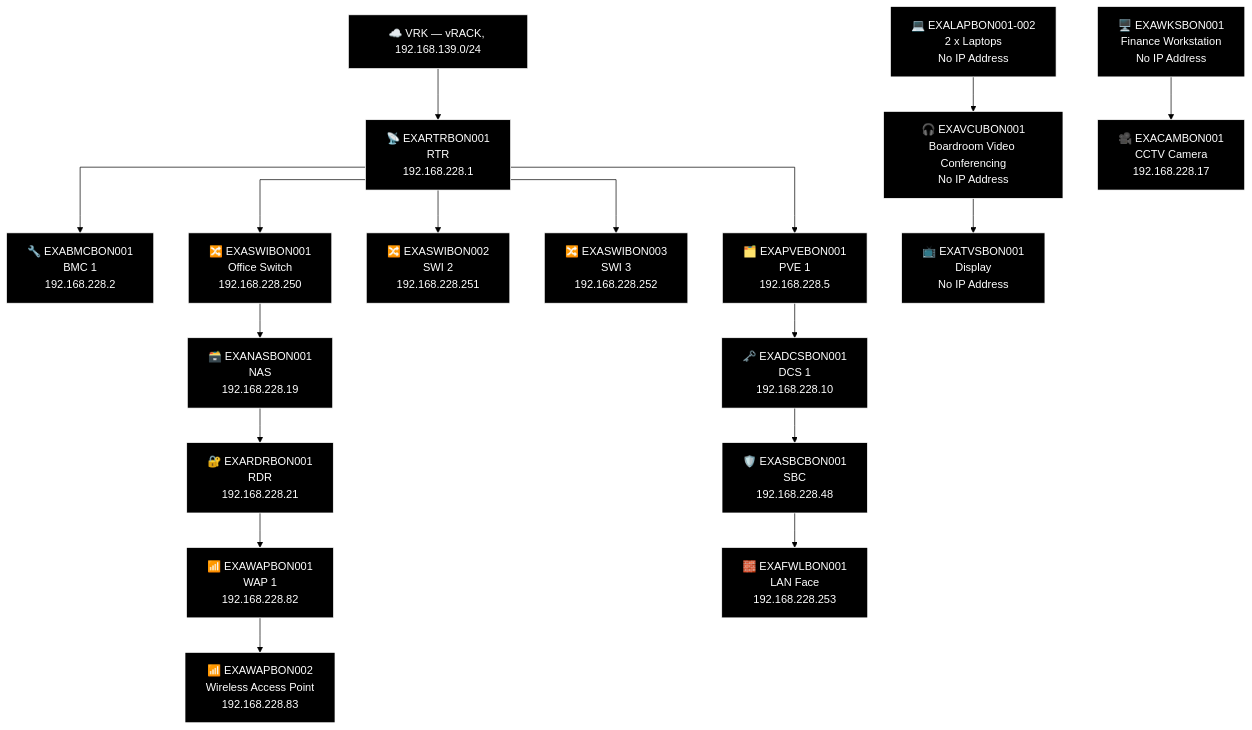
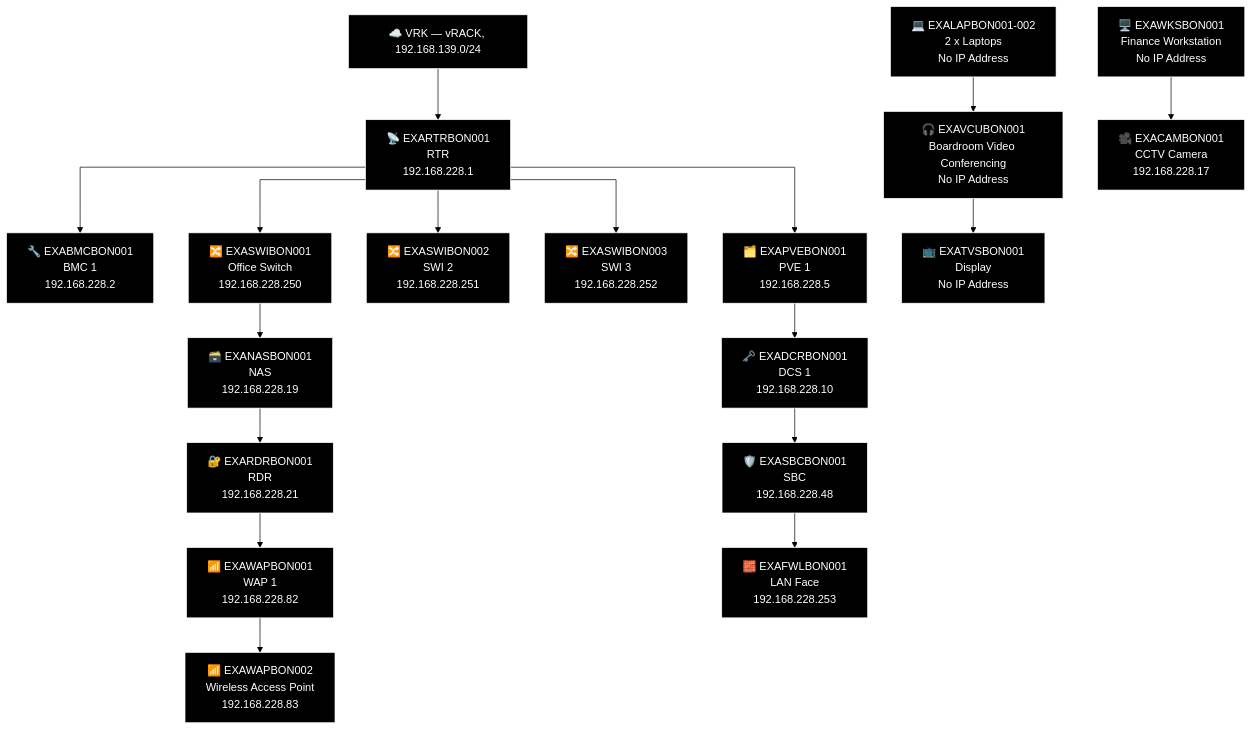
One commit to knightmare2600/example_music_infra changed the third of 13 diagrams in docs/network-diagram/deutschland.md. Above: the diagram before and after it, drawn with Mermaid (forest theme). The commit also changed other lines of this file and 8 other files, not shown here.

````diff
--- a/docs/network-diagram/deutschland.md
+++ b/docs/network-diagram/deutschland.md
@@ -106,54 +103,54 @@
 ```mermaid
 %% GENERATED:TOPOLOGY:BON:START
 %%{init: {'flowchart': {'curve': 'stepAfter'}}}%%
 graph TD
     T_VRK["☁️ VRK — vRACK, 192.168.139.0/24"]
     T_RTR["📡 EXARTRBON001<br/>RTR<br/>192.168.228.1"]
     T_VRK --> T_RTR
     T_BMC["🔧 EXABMCBON001<br/>BMC 1<br/>192.168.228.2"]
     T_RTR --> T_BMC
     T_PVE["🗂️ EXAPVEBON001<br/>PVE 1<br/>192.168.228.5"]
     T_RTR --> T_PVE
     T_SWI["🔀 EXASWIBON002<br/>SWI 2<br/>192.168.228.251"]
     T_RTR --> T_SWI
     T_SWI2["🔀 EXASWIBON003<br/>SWI 3<br/>192.168.228.252"]
     T_RTR --> T_SWI2
     T_SWI3["🔀 EXASWIBON001<br/>Office Switch<br/>192.168.228.250"]
     T_RTR --> T_SWI3
     T_NAS["🗃️ EXANASBON001<br/>NAS<br/>192.168.228.19"]
     T_RDR["🔐 EXARDRBON001<br/>RDR<br/>192.168.228.21"]
     T_WAP["📶 EXAWAPBON001<br/>WAP 1<br/>192.168.228.82"]
     T_WAP2["📶 EXAWAPBON002<br/>Wireless Access Point<br/>192.168.228.83"]
     T_SWI3 --> T_NAS --> T_RDR --> T_WAP --> T_WAP2
-    T_DCS["🗝️ EXADCSBON001<br/>DCS 1<br/>192.168.228.10"]
+    T_DCS["🗝️ EXADCRBON001<br/>DCS 1<br/>192.168.228.10"]
     T_SBC["🛡️ EXASBCBON001<br/>SBC<br/>192.168.228.48"]
     T_FWL["🧱 EXAFWLBON001<br/>LAN Face<br/>192.168.228.253"]
     T_PVE --> T_DCS --> T_SBC --> T_FWL
     T_OTH_LAP["💻 EXALAPBON001-002<br/>2 x Laptops<br/>No IP Address"]
     T_WKS["🖥️ EXAWKSBON001<br/>Finance Workstation<br/>No IP Address"]
     T_VCU["🎧 EXAVCUBON001<br/>Boardroom Video Conferencing<br/>No IP Address"]
     T_CAM["🎥 EXACAMBON001<br/>CCTV Camera<br/>192.168.228.17"]
     T_TVS["📺 EXATVSBON001<br/>Display<br/>No IP Address"]
     T_OTH_LAP --> T_VCU --> T_TVS
     T_WKS --> T_CAM
     style T_VRK fill:#000000,stroke:#FFFFFF,color:#FFFFFF
     style T_RTR fill:#000000,stroke:#FFFFFF,color:#FFFFFF
     style T_BMC fill:#000000,stroke:#FFFFFF,color:#FFFFFF
     style T_PVE fill:#000000,stroke:#FFFFFF,color:#FFFFFF
     style T_SWI fill:#000000,stroke:#FFFFFF,color:#FFFFFF
     style T_SWI2 fill:#000000,stroke:#FFFFFF,color:#FFFFFF
     style T_SWI3 fill:#000000,stroke:#FFFFFF,color:#FFFFFF
     style T_NAS fill:#000000,stroke:#FFFFFF,color:#FFFFFF
     style T_RDR fill:#000000,stroke:#FFFFFF,color:#FFFFFF
     style T_WAP fill:#000000,stroke:#FFFFFF,color:#FFFFFF
     style T_WAP2 fill:#000000,stroke:#FFFFFF,color:#FFFFFF
     style T_DCS fill:#000000,stroke:#FFFFFF,color:#FFFFFF
     style T_SBC fill:#000000,stroke:#FFFFFF,color:#FFFFFF
     style T_FWL fill:#000000,stroke:#FFFFFF,color:#FFFFFF
     style T_OTH_LAP fill:#000000,stroke:#FFFFFF,color:#FFFFFF
     style T_WKS fill:#000000,stroke:#FFFFFF,color:#FFFFFF
     style T_VCU fill:#000000,stroke:#FFFFFF,color:#FFFFFF
     style T_CAM fill:#000000,stroke:#FFFFFF,color:#FFFFFF
     style T_TVS fill:#000000,stroke:#FFFFFF,color:#FFFFFF
 %% GENERATED:TOPOLOGY:BON:END
 ```
````
